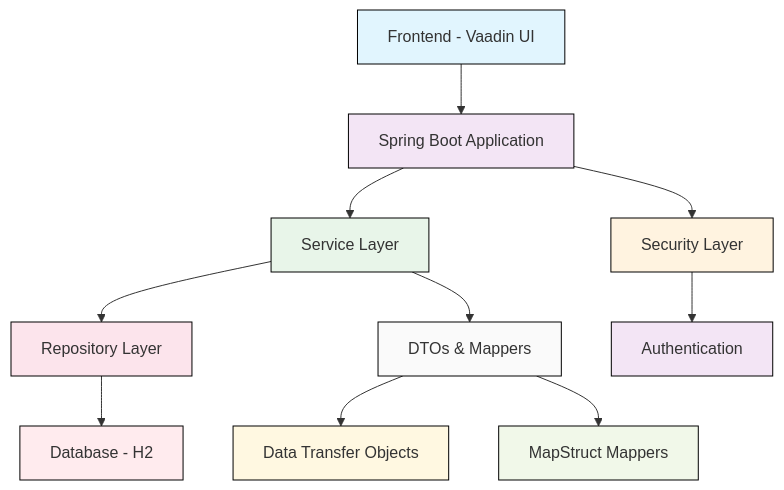
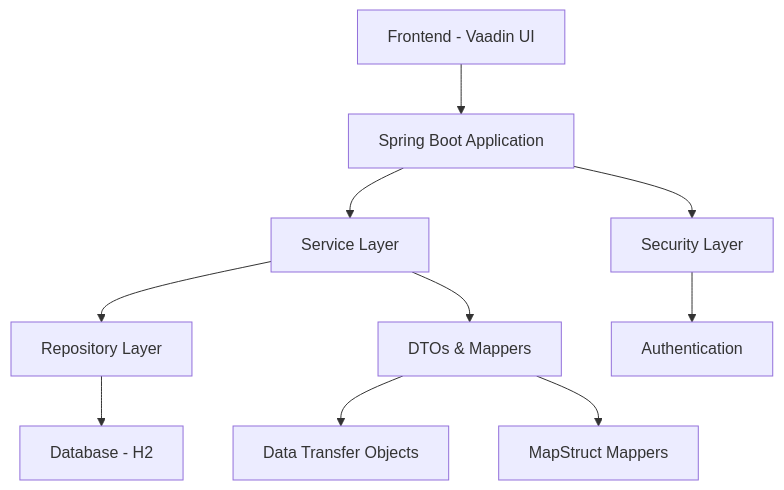
One commit to oldzoomer-ru/sparkauto changed the diagram in README.md. Above: the diagram before and after it, drawn with Mermaid.

Commit message:
Use default style of diagram

````diff
--- a/README.md
+++ b/README.md
@@ -105,23 +105,12 @@
 ```mermaid
 graph TD
     A[Frontend - Vaadin UI] --> B[Spring Boot Application]
     B --> C[Security Layer]
     B --> D[Service Layer]
     D --> E[Repository Layer]
     E --> F[Database - H2]
     D --> G[DTOs & Mappers]
     G --> H[Data Transfer Objects]
     G --> I[MapStruct Mappers]
     C --> J[Authentication]
-    
-    style A fill:#e1f5fe,stroke:#000
-    style B fill:#f3e5f5,stroke:#000
-    style C fill:#fff3e0,stroke:#000
-    style D fill:#e8f5e9,stroke:#000
-    style E fill:#fce4ec,stroke:#000
-    style F fill:#ffebee,stroke:#000
-    style G fill:#fafafa,stroke:#000
-    style H fill:#fff8e1,stroke:#000
-    style I fill:#f1f8e9,stroke:#000
-    style J fill:#f3e5f5,stroke:#000
 ```
````
